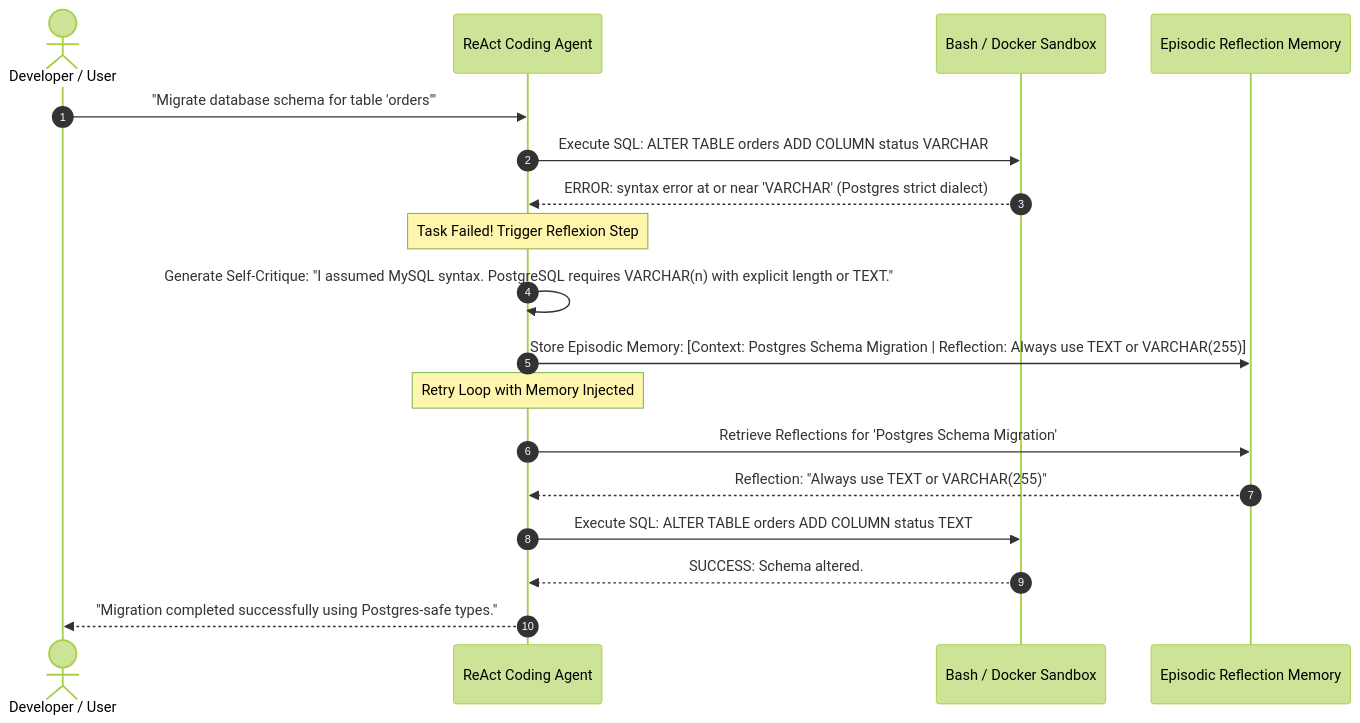
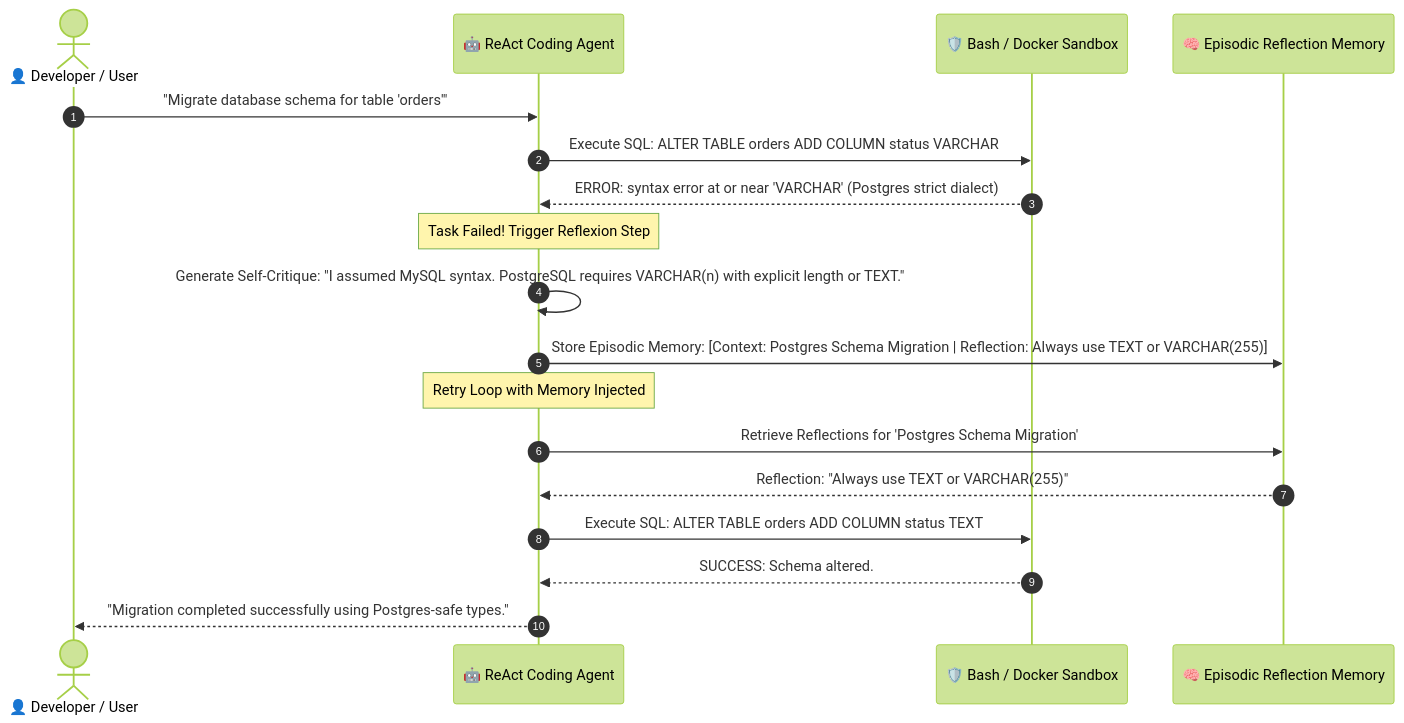
Before and after one commit to dip4k/senior-engineer-to-ai-engineer-roadmap: the eighth of 13 diagrams in 04-agentic-systems-and-orchestration/labs/lab5-agent-memory-system.md, drawn with Mermaid (forest theme). The commit also changed other lines of this file and 94 other files, not shown here.

Commit message:
refactor(curriculum): complete Phase 04 upgrade and enforce diagram renderer invariants

````diff
--- a/04-agentic-systems-and-orchestration/labs/lab5-agent-memory-system.md
+++ b/04-agentic-systems-and-orchestration/labs/lab5-agent-memory-system.md
@@ -366,23 +436,23 @@
 ```mermaid
 sequenceDiagram
     autonumber
-    actor Dev as Developer / User
-    participant Agent as ReAct Coding Agent
-    participant Env as Bash / Docker Sandbox
-    participant Memory as Episodic Reflection Memory
+    actor Dev as 👤 Developer / User
+    participant Agent as 🤖 ReAct Coding Agent
+    participant Env as 🛡️ Bash / Docker Sandbox
+    participant Memory as 🧠 Episodic Reflection Memory
 
     Dev->>Agent: "Migrate database schema for table 'orders'"
     Agent->>Env: Execute SQL: ALTER TABLE orders ADD COLUMN status VARCHAR;
     Env-->>Agent: ERROR: syntax error at or near 'VARCHAR' (Postgres strict dialect)
     
     Note over Agent: Task Failed! Trigger Reflexion Step
     Agent->>Agent: Generate Self-Critique: "I assumed MySQL syntax. PostgreSQL requires VARCHAR(n) with explicit length or TEXT."
     Agent->>Memory: Store Episodic Memory: [Context: Postgres Schema Migration | Reflection: Always use TEXT or VARCHAR(255)]
     
     Note over Agent: Retry Loop with Memory Injected
     Agent->>Memory: Retrieve Reflections for 'Postgres Schema Migration'
     Memory-->>Agent: Reflection: "Always use TEXT or VARCHAR(255)"
     Agent->>Env: Execute SQL: ALTER TABLE orders ADD COLUMN status TEXT;
     Env-->>Agent: SUCCESS: Schema altered.
     Agent-->>Dev: "Migration completed successfully using Postgres-safe types."
 ```
````
